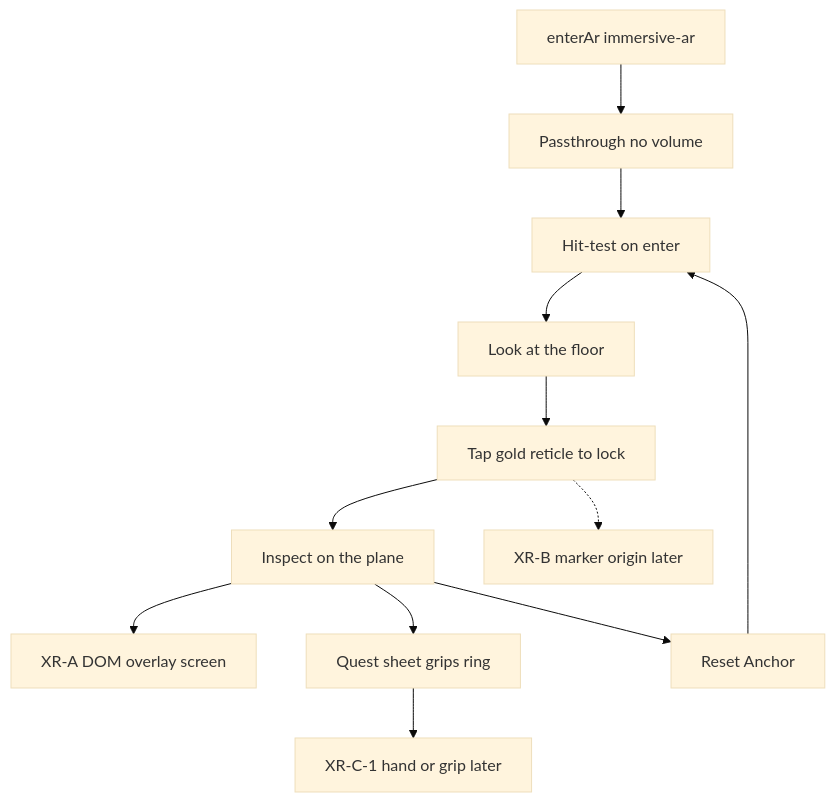
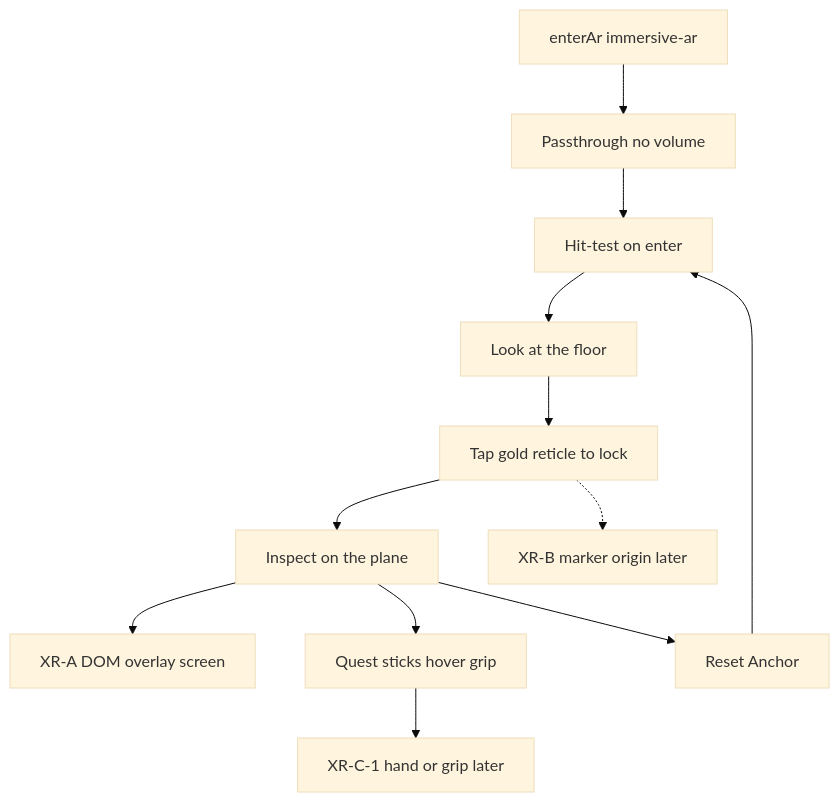
One commit to PiMaV/DONNER changed diagram 37 of 40 in architecture.md. Above: the diagram before and after it, drawn with Mermaid (base theme). The commit also changed other lines of this file and 12 other files, not shown here.

````diff
--- a/architecture.md
+++ b/architecture.md
@@ -1452,21 +1453,21 @@
 ```mermaid
 flowchart TB
   enter[enterAr immersive-ar]
   idle[Passthrough no volume]
   search[Hit-test on enter]
   look[Look at the floor]
   place[Tap gold reticle to lock]
   reset[Reset Anchor]
   inspect[Inspect on the plane]
   overlay[XR-A DOM overlay screen]
-  frames[Quest sheet grips ring]
+  frames[Quest sticks hover grip]
   hands[XR-C-1 hand or grip later]
   marker[XR-B marker origin later]
   enter --> idle --> search --> look --> place --> inspect
   inspect --> overlay
   inspect --> frames
   inspect --> reset
   reset --> search
   frames --> hands
   place -.-> marker
 ```
````
